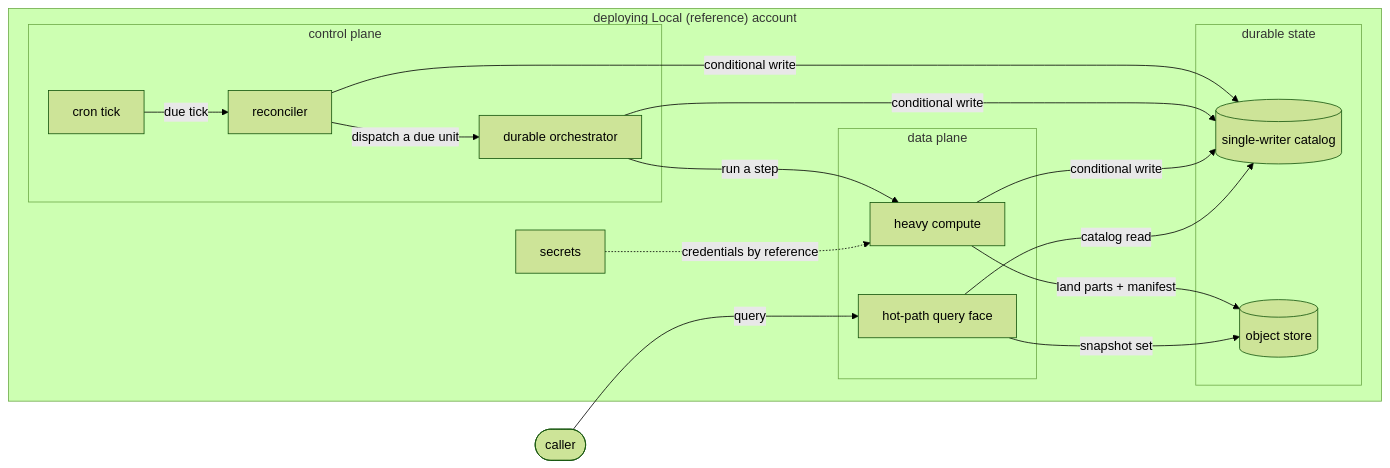
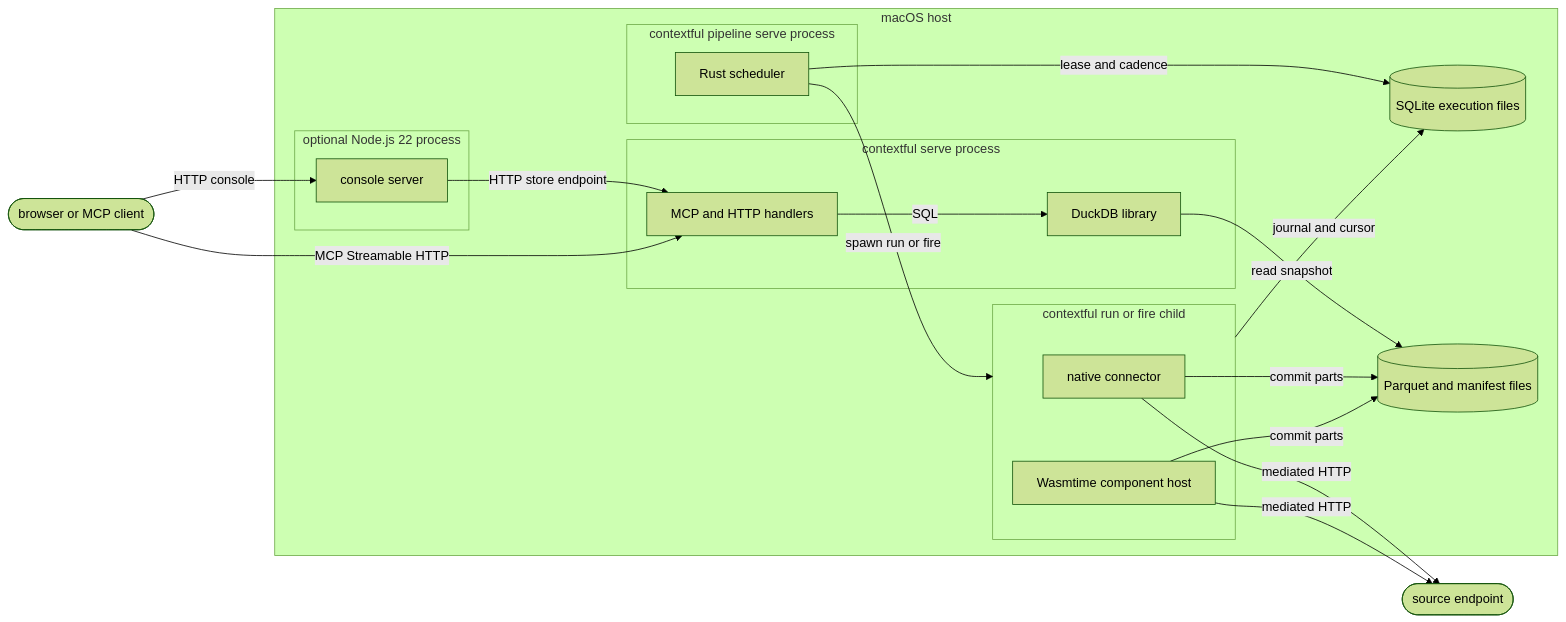
Before and after one commit to fractalboxdev/contextful: the third of 3 diagrams in spec/targets.md, drawn with Mermaid (forest theme). The commit also changed other lines of this file and 16 other files, not shown here.

````diff
--- a/spec/targets.md
+++ b/spec/targets.md
@@ -123,26 +149,35 @@
 ```mermaid
 flowchart LR
-  CALLER(["caller"])
-  subgraph ACCOUNT["deploying Local (reference) account"]
-    subgraph CONTROL["control plane"]
-      TICK["cron tick"]
-      REC["reconciler"]
-      ORCH["durable orchestrator"]
+  CALLER(["browser or MCP client"]):::muted
+  SOURCE(["source endpoint"]):::muted
+  subgraph ACCOUNT["macOS host"]
+    subgraph CONSOLE["optional Node.js 22 process"]
+      UI["console server"]:::accent
     end
-    subgraph DATA["data plane"]
-      COMP["heavy compute"]
-      QF["hot-path query face"]
+    subgraph HTTP["contextful serve process"]
+      FACE["MCP and HTTP handlers"]:::accent
+      SQL["DuckDB library"]:::accent
     end
-    subgraph STATE["durable state"]
-      CAT[("single-writer catalog")]
-      OBJ[("object store")]
+    subgraph SCHED["contextful pipeline serve process"]
+      TIMER["Rust scheduler"]:::accent
     end
-    SEC["secrets"]
+    subgraph CHILD["contextful run or fire child"]
+      NATIVE["native connector"]:::accent
+      WASM["Wasmtime component host"]:::accent
+    end
+    STATE[("SQLite execution files")]:::store
+    FILES[("Parquet and manifest files")]:::store
   end
-  TICK -- "due tick" --> REC -- "dispatch a due unit" --> ORCH -- "run a step" --> COMP
-  COMP -- "land parts + manifest" --> OBJ
-  REC & ORCH & COMP -- "conditional write" --> CAT
-  CALLER -- "query" --> QF -- "snapshot set" --> OBJ
-  QF -- "catalog read" --> CAT
-  SEC -. "credentials by reference" .-> COMP
+  CALLER -- "HTTP console" --> UI
+  UI -- "HTTP store endpoint" --> FACE
+  CALLER -- "MCP Streamable HTTP" --> FACE
+  FACE -- "SQL" --> SQL
+  SQL -- "read snapshot" --> FILES
+  TIMER -- "spawn run or fire" --> CHILD
+  NATIVE -- "mediated HTTP" --> SOURCE
+  WASM -- "mediated HTTP" --> SOURCE
+  NATIVE -- "commit parts" --> FILES
+  WASM -- "commit parts" --> FILES
+  TIMER -- "lease and cadence" --> STATE
+  CHILD -- "journal and cursor" --> STATE
 ```
````
